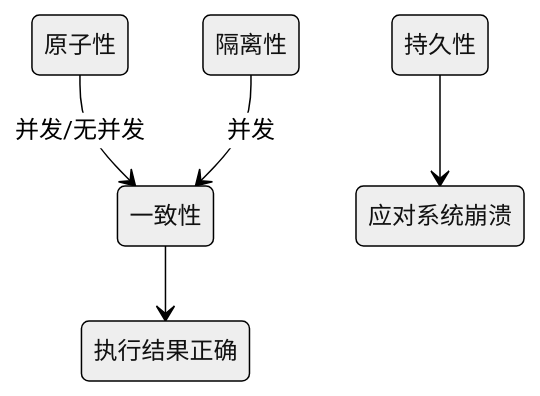
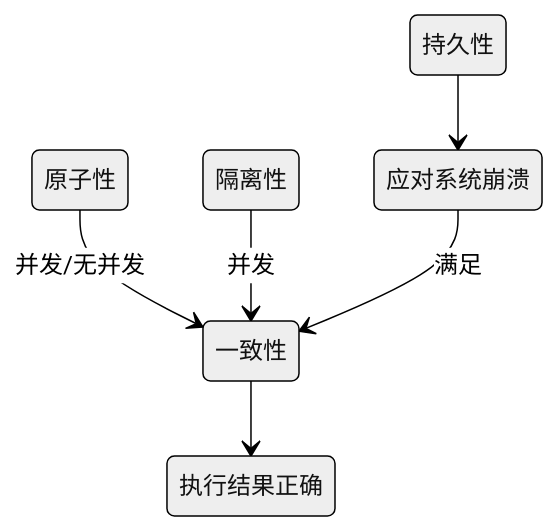
Before and after one commit to 0xcaffebabe/note: the third of 10 diagrams in doc/中间件/数据库/数据库系统/事务管理/事务.md, drawn with Mermaid (neutral theme). The commit also changed other lines of this file and 4 other files, not shown here.

````diff
--- a/doc/中间件/数据库/数据库系统/事务管理/事务.md
+++ b/doc/中间件/数据库/数据库系统/事务管理/事务.md
@@ -65,7 +68,8 @@
 ```mermaid
 stateDiagram-v2
   原子性 --> 一致性: 并发/无并发
   隔离性 --> 一致性: 并发
   一致性 --> 执行结果正确
   持久性 --> 应对系统崩溃
+  应对系统崩溃 --> 一致性: 满足
 ```
````
